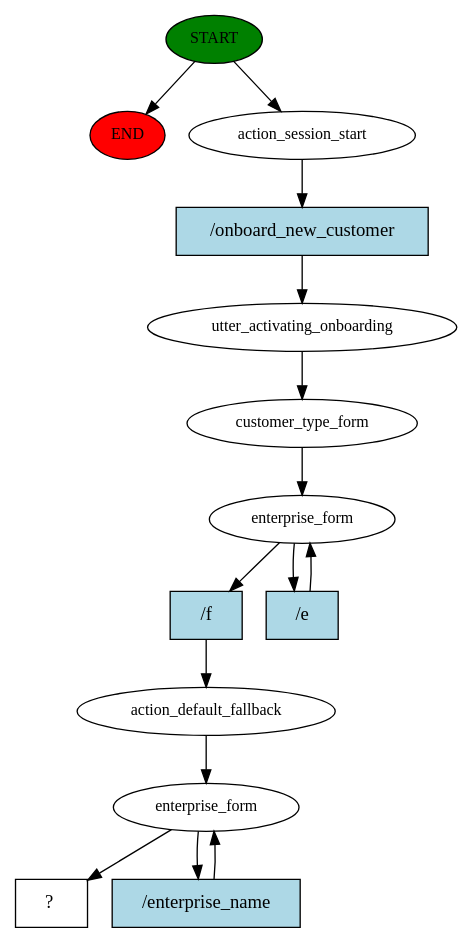
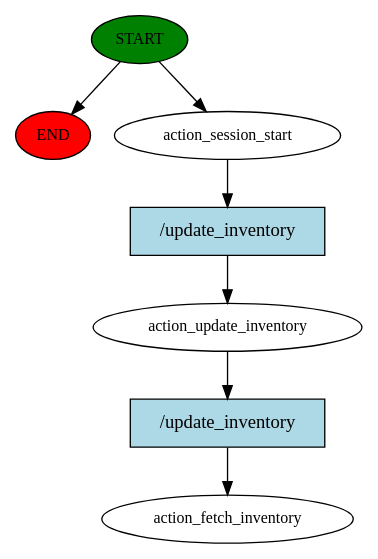
One commit to amhkhowaja/IoT-Digital-Assistant changed the diagram in story_graph.dot. Above: the diagram before and after it, drawn with Graphviz. The commit also changed 4 other files, not shown here.

Commit message:
developed the action for updating inventory, trained some data as well on it

```diff
--- a/story_graph.dot
+++ b/story_graph.dot
@@ -1,29 +1,15 @@
 digraph  {
 0 [class="start active", fillcolor=green, fontsize=12, label=START, style=filled];
 "-1" [class=end, fillcolor=red, fontsize=12, label=END, style=filled];
 1 [class=active, fontsize=12, label=action_session_start];
-2 [class=active, fontsize=12, label=utter_activating_onboarding];
-3 [class=active, fontsize=12, label=customer_type_form];
-4 [class=active, fontsize=12, label=enterprise_form];
-6 [class=active, fontsize=12, label=action_default_fallback];
-7 [class=active, fontsize=12, label=enterprise_form];
-11 [class="intent dashed active", label="  ?  ", shape=rect];
-12 [class="intent active", fillcolor=lightblue, label="/onboard_new_customer", shape=rect, style=filled];
-13 [class="intent active", fillcolor=lightblue, label="/f", shape=rect, style=filled];
-14 [class="intent active", fillcolor=lightblue, label="/e", shape=rect, style=filled];
-15 [class="intent active", fillcolor=lightblue, label="/enterprise_name", shape=rect, style=filled];
+2 [class=active, fontsize=12, label=action_update_inventory];
+3 [class="dashed active", fontsize=12, label=action_fetch_inventory];
+4 [class="intent active", fillcolor=lightblue, label="/update_inventory", shape=rect, style=filled];
+5 [class="intent active", fillcolor=lightblue, label="/update_inventory", shape=rect, style=filled];
 0 -> "-1"  [class="", key=NONE, label=""];
 0 -> 1  [class=active, key=NONE, label=""];
-1 -> 12  [class=active, key=0];
-2 -> 3  [class=active, key=NONE, label=""];
-3 -> 4  [class=active, key=NONE, label=""];
-4 -> 13  [class=active, key=0];
-4 -> 14  [class=active, key=0];
-6 -> 7  [class=active, key=NONE, label=""];
-7 -> 11  [class=active, key=NONE, label=""];
-7 -> 15  [class=active, key=0];
-12 -> 2  [class=active, key=0];
-13 -> 6  [class=active, key=0];
-14 -> 4  [class=active, key=0];
-15 -> 7  [class=active, key=0];
+1 -> 4  [class=active, key=0];
+2 -> 5  [class=active, key=0];
+4 -> 2  [class=active, key=0];
+5 -> 3  [class=active, key=0];
 }
```
